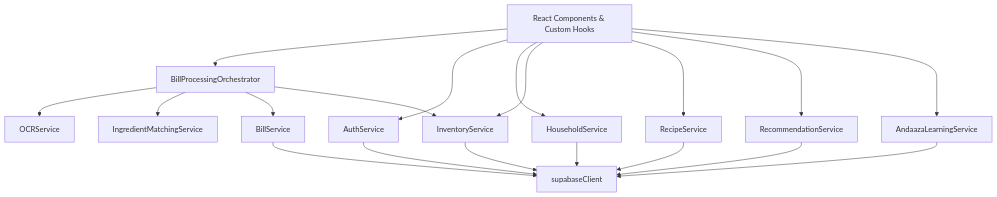
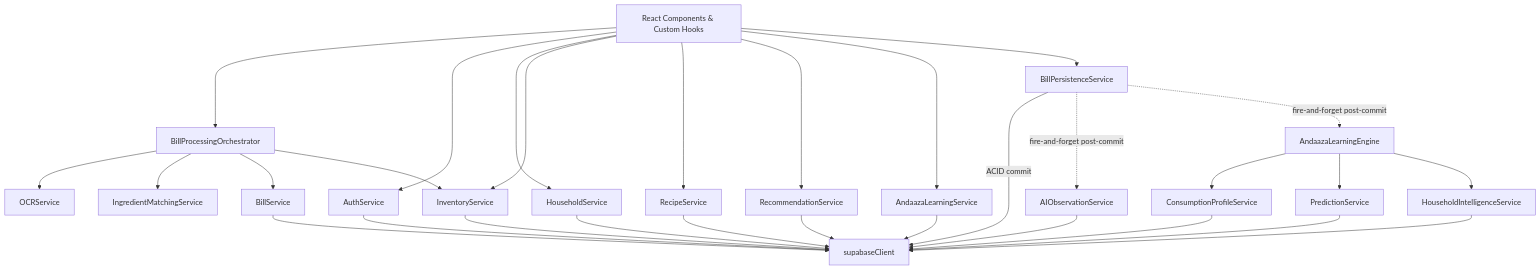
One commit to keshavaibuilder/kitchenmind changed the first of 2 diagrams in documentation/12_API_AND_SERVICES_CATALOGUE.md. Above: the diagram before and after it, drawn with Mermaid. The commit also changed other lines of this file and 32 other files, not shown here.

First line of the commit message:
feat: atomic bill persistence, production hardening & Andaaza intelligence engine (Phases 3G-4A)

````diff
--- a/documentation/12_API_AND_SERVICES_CATALOGUE.md
+++ b/documentation/12_API_AND_SERVICES_CATALOGUE.md
@@ -13,23 +13,35 @@
 ```mermaid
 graph TD
     UI[React Components & Custom Hooks] --> Orchestrator[BillProcessingOrchestrator]
     UI --> AuthService[AuthService]
     UI --> HouseholdService[HouseholdService]
     UI --> InventoryService[InventoryService]
     UI --> RecipeService[RecipeService]
     UI --> RecommendationService[RecommendationService]
     UI --> AndaazaService[AndaazaLearningService]
 
     Orchestrator --> OCRService[OCRService]
     Orchestrator --> MatchingService[IngredientMatchingService]
     Orchestrator --> BillService[BillService]
     Orchestrator --> InventoryService
 
-    AuthService --> Supabase[supabaseClient]
+    UI --> BillPersistence[BillPersistenceService]
+    BillPersistence -->|ACID commit| Supabase[supabaseClient]
+    BillPersistence -.->|fire-and-forget post-commit| AIObs[AIObservationService]
+    BillPersistence -.->|fire-and-forget post-commit| LearningEngine[AndaazaLearningEngine]
+    LearningEngine --> ConsumptionSvc[ConsumptionProfileService]
+    LearningEngine --> PredictionSvc[PredictionService]
+    LearningEngine --> HouseholdIntelSvc[HouseholdIntelligenceService]
+
+    AuthService --> Supabase
     HouseholdService --> Supabase
     InventoryService --> Supabase
     BillService --> Supabase
     RecipeService --> Supabase
     RecommendationService --> Supabase
     AndaazaService --> Supabase
+    AIObs --> Supabase
+    ConsumptionSvc --> Supabase
+    PredictionSvc --> Supabase
+    HouseholdIntelSvc --> Supabase
 ```
````
